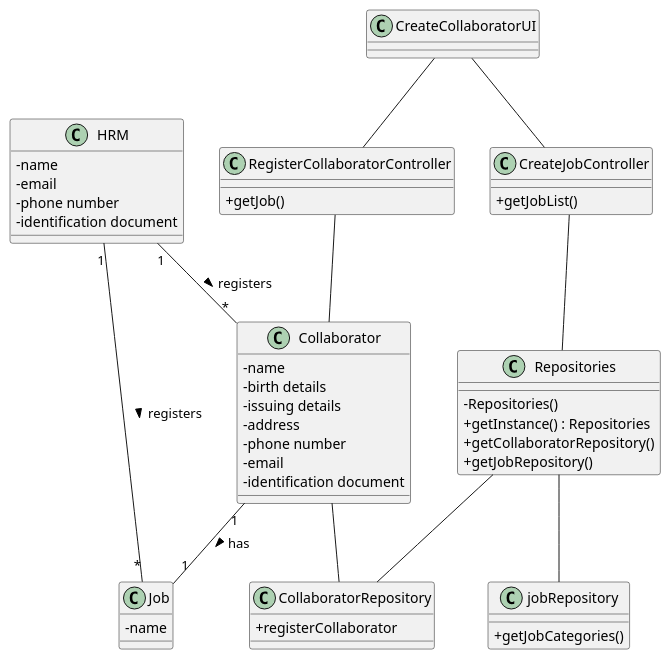
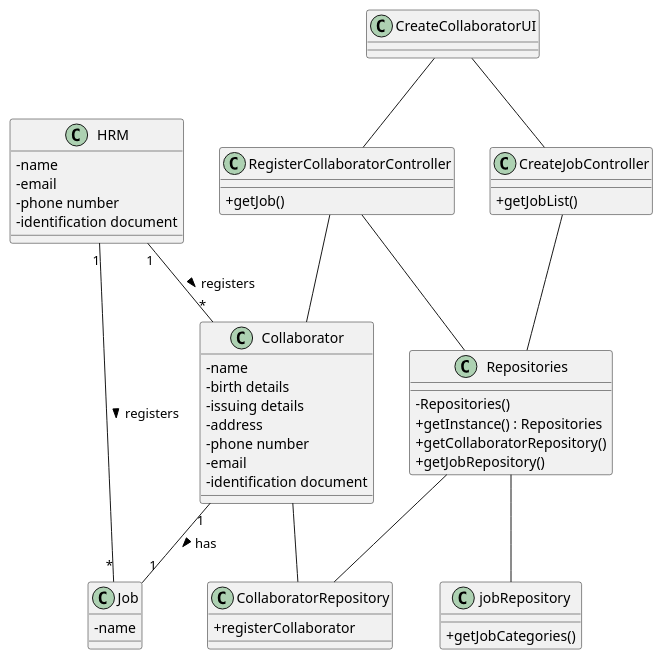
The diagram in docs/sprintB/us003/03.design/puml/us003-class-diagram.puml (Departamento-de-Engenharia-Informatica/lei-24-s2-1dl-g121), drawn with PlantUML before and after one commit. The commit also changed 4 other files, not shown here.

```diff
--- a/docs/sprintB/us003/03.design/puml/us003-class-diagram.puml
+++ b/docs/sprintB/us003/03.design/puml/us003-class-diagram.puml
@@ -1,78 +1,79 @@
 @startuml
 'skinparam monochrome true
 skinparam packageStyle rectangle
 skinparam shadowing false
 skinparam linetype polyline
 'skinparam linetype orto
 
 skinparam classAttributeIconSize 0
 
 'left to right direction
 'COLLABORATOR REPOSITORY JOB REPOSITORY
 
 class HRM{
     -name
     -email
     -phone number
     -identification document
 }
 
 
 class Job{
     -name
 }
 
 class Collaborator{
     -name
     -birth details
     -issuing details
     -address
     -phone number
     -email
     -identification document
 }
 
 class RegisterCollaboratorController{
     +getJob()
 
 }
 
 class jobRepository{
     +getJobCategories()
 }
 
 class CollaboratorRepository{
 
     +registerCollaborator
 }
 
 
 class Repositories {
     - Repositories()
     + getInstance() : Repositories
     + getCollaboratorRepository()
     + getJobRepository()
 }
 
 class CreateJobController {
     + getJobList()
 }
 
 
 
 class CreateCollaboratorUI {
 }
 
 CreateCollaboratorUI -- CreateJobController
 CreateJobController -- Repositories
 Repositories -- jobRepository
 Repositories --CollaboratorRepository
 RegisterCollaboratorController -- Collaborator
 Collaborator -- CollaboratorRepository
 CreateCollaboratorUI -- RegisterCollaboratorController
 HRM "1" -- "*" Job : registers >
+RegisterCollaboratorController -- Repositories
 HRM "1" -- "*" Collaborator : registers >
 Collaborator "1" -- "1" Job : has >
 
 
 @enduml
```
